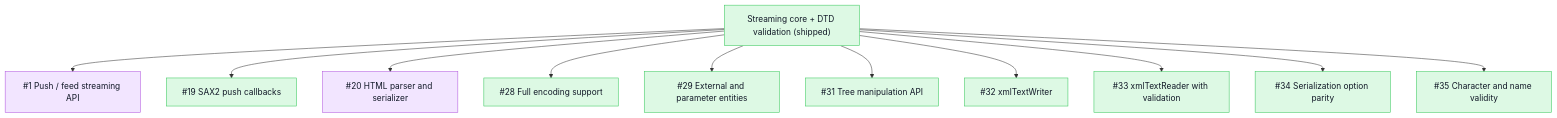
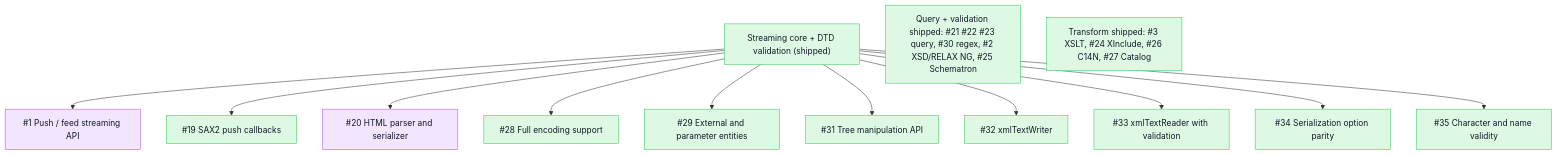
Before and after one commit to mihaelamj/PureXML: the second of 2 diagrams in README.md, drawn with Mermaid. The commit also changed other lines of this file and 3 other files, not shown here.

````diff
--- a/README.md
+++ b/README.md
@@ -55,28 +55,30 @@
 ```mermaid
 flowchart TB
   classDef done fill:#ddf9e4,stroke:#34c759,color:#111827
   classDef review fill:#fff7d6,stroke:#ffcc00,color:#111827
   classDef epic fill:#f2e5ff,stroke:#af52de,color:#111827
   classDef todo fill:#f2f4f7,stroke:#8e8e93,color:#111827
   Core["Streaming core + DTD validation (shipped)"]:::done
   Push["#1 Push / feed streaming API"]:::epic
   Sax["#19 SAX2 push callbacks"]:::done
   Html["#20 HTML parser and serializer"]:::epic
   Enc["#28 Full encoding support"]:::done
   Ent["#29 External and parameter entities"]:::done
   TreeApi["#31 Tree manipulation API"]:::done
   Writer["#32 xmlTextWriter"]:::done
   Reader["#33 xmlTextReader with validation"]:::done
   Save["#34 Serialization option parity"]:::done
   Chars["#35 Character and name validity"]:::done
+  Query["Query + validation shipped: #21 #22 #23 query, #30 regex, #2 XSD/RELAX NG, #25 Schematron"]:::done
+  Transform["Transform shipped: #3 XSLT, #24 XInclude, #26 C14N, #27 Catalog"]:::done
   Core --> Push
   Core --> Sax
   Core --> Html
   Core --> Enc
   Core --> Ent
   Core --> TreeApi
   Core --> Writer
   Core --> Reader
   Core --> Save
   Core --> Chars
 ```
````
